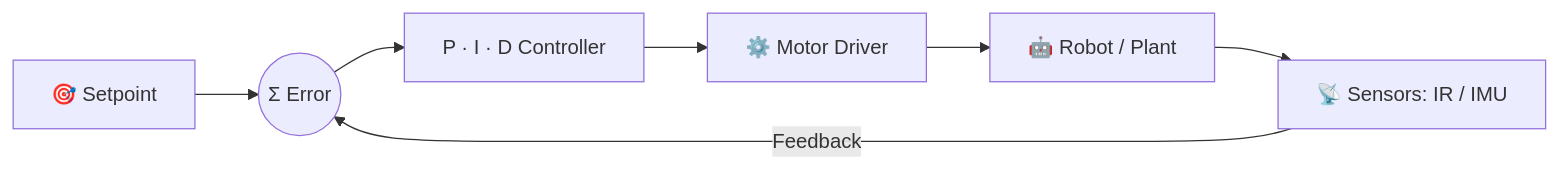
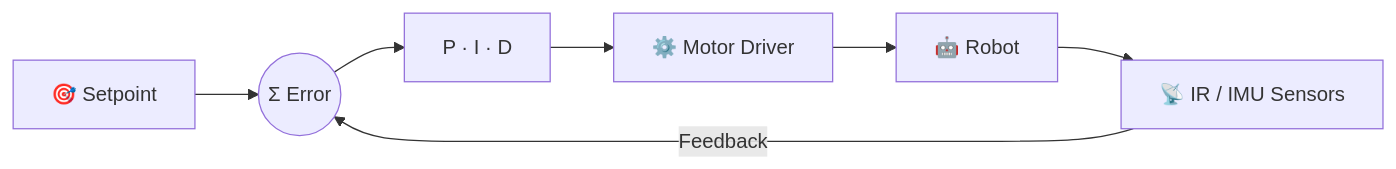
Before and after one commit to thavanesh-d/thavanesh-d: the second of 3 diagrams in README.md, drawn with Mermaid. The commit also changed other lines of this file, not shown here.

````diff
--- a/README.md
+++ b/README.md
@@ -183,9 +198,9 @@
 ```mermaid
 flowchart LR
     A[🎯 Setpoint] --> B((Σ Error))
-    B --> C[P · I · D Controller]
+    B --> C[P · I · D]
     C --> D[⚙️ Motor Driver]
-    D --> E[🤖 Robot / Plant]
-    E --> F[📡 Sensors: IR / IMU]
+    D --> E[🤖 Robot]
+    E --> F[📡 IR / IMU Sensors]
     F -->|Feedback| B
 ```
````
